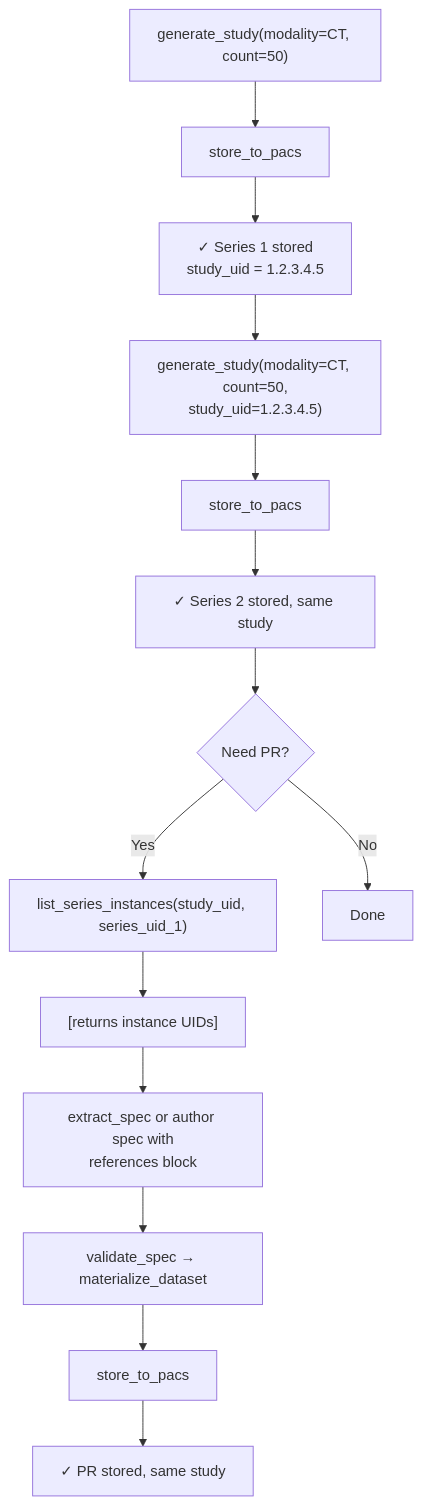
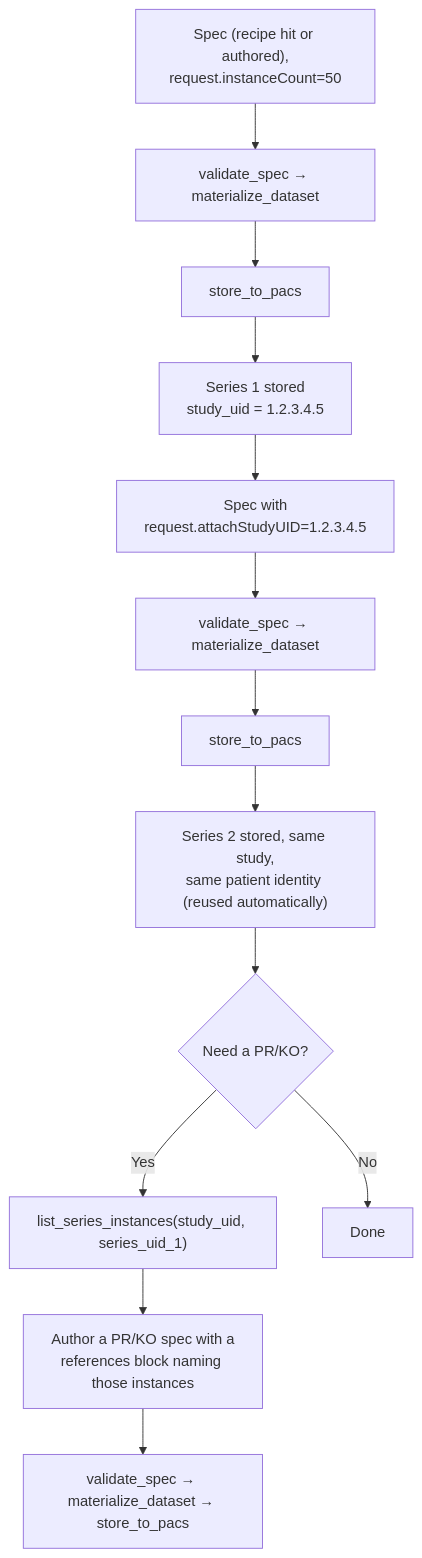
The third of 3 diagrams in docs/architecture.md (CT-Hackcelerate/PixelAtlas), drawn with Mermaid before and after one commit. The commit also changed other lines of this file and 37 other files, not shown here.

````diff
--- a/docs/architecture.md
+++ b/docs/architecture.md
@@ -144,16 +164,13 @@
 ```mermaid
 flowchart TD
-    A["generate_study(modality=CT, count=50)"] --> B["store_to_pacs"]
-    B --> C["✓ Series 1 stored<br/>study_uid = 1.2.3.4.5"]
-    C --> D["generate_study(modality=CT, count=50,<br/>study_uid=1.2.3.4.5)"]
-    D --> E["store_to_pacs"]
-    E --> F["✓ Series 2 stored, same study"]
-    F --> G{Need PR?}
+    A["Spec (recipe hit or authored),<br/>request.instanceCount=50"] --> AV["validate_spec → materialize_dataset"] --> B["store_to_pacs"]
+    B --> C["Series 1 stored<br/>study_uid = 1.2.3.4.5"]
+    C --> D["Spec with<br/>request.attachStudyUID=1.2.3.4.5"]
+    D --> DV["validate_spec → materialize_dataset"] --> E["store_to_pacs"]
+    E --> F["Series 2 stored, same study,<br/>same patient identity (reused automatically)"]
+    F --> G{Need a PR/KO?}
     G -->|Yes| H["list_series_instances(study_uid, series_uid_1)"]
-    H --> I["[returns instance UIDs]"]
-    I --> J["extract_spec or author spec with<br/>references block"]
-    J --> K["validate_spec → materialize_dataset"]
-    K --> L["store_to_pacs"]
-    L --> M["✓ PR stored, same study"]
-    G -->|No| N["Done"]
+    H --> I["Author a PR/KO spec with a<br/>references block naming those instances"]
+    I --> J["validate_spec → materialize_dataset → store_to_pacs"]
+    G -->|No| K["Done"]
 ```
````
